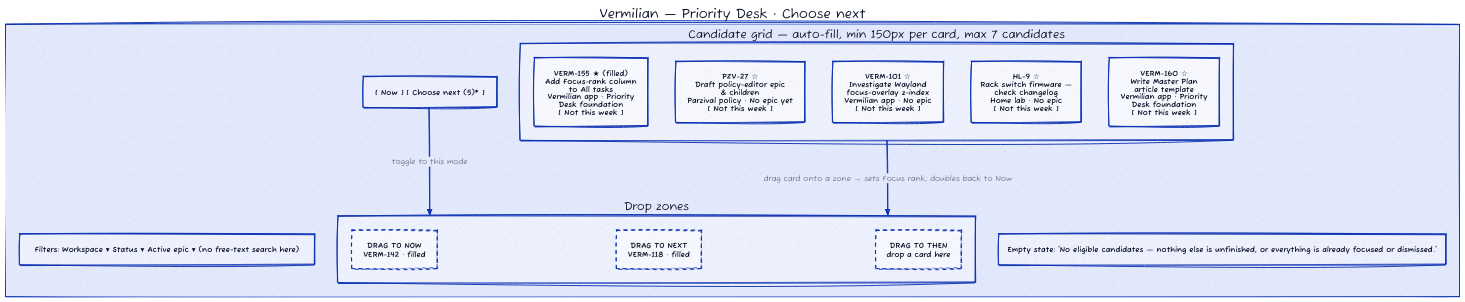
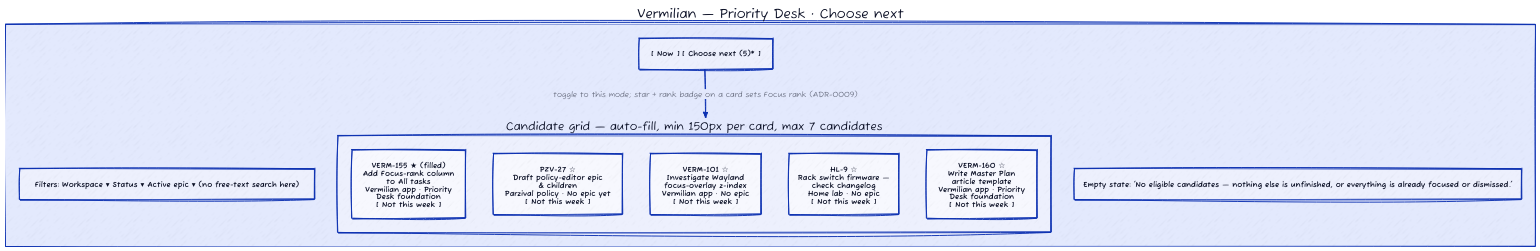
Before and after one commit to kevinpinscoe/vermilian: the diagram in docs/design/screen-priority-desk-choose-next.d2, drawn with D2. The commit also changed 7 other files, not shown here.

First line of the commit message:
docs: accept Priority Desk rank controls and update acceptance setup (VERM-3)

```diff
--- a/docs/design/screen-priority-desk-choose-next.d2
+++ b/docs/design/screen-priority-desk-choose-next.d2
@@ -1,72 +1,62 @@
 # =============================================================================
 # UI Wireframe — Priority Desk, Choose next mode
 # Renderer:    Kroki (d2, sketch mode)  |  wiki.js with Kroki plugin
 # Reviewed:    2026-09-14
 # Spec:        docs/requirements.md (§ Priority Desk), ADR-0007
 # Related:     screen-priority-desk-now.d2 (segmented-control sibling view)
 #              screen-priority-desk-recommendation.d2 (Ask for recommendation, step 4)
-#              flow-priority-desk.mmd (navigation between the three, incl. drag-to-slot)
+#              flow-priority-desk.mmd (navigation between the three, incl. rank selection)
 #              docs/design/priority-desk-mockup.html (higher-fidelity HTML reference)
 #
 # What this depicts: the second Priority Desk mode — a quiet comparison view of at
 # most seven eligible candidates, plus the three drop zones that assign a card to
 # Now/Next/Then. Not a second board: filters are limited to workspace, status, and
 # active epic; full search stays on the existing All-tasks table. Eligibility
 # rules, the deterministic (non-AI) ordering used when more than seven issues
 # qualify, and "Not this week" expiration are defined in docs/requirements.md
 # § Priority Desk ("Choose-next eligibility", "'Not this week' expiration") —
 # not duplicated here.
 # =============================================================================
 
 vars: {
   d2-config: {
     sketch: true
   }
 }
 
 direction: down
 
 window: "Vermilian — Priority Desk · Choose next" {
   shape: rectangle
 
   segmented: "[ Now ]  [ Choose next (5)* ]" {
     shape: rectangle
     # Vibe: segmented control, same as screen-priority-desk-now.d2
   }
 
   filters: "Filters: Workspace ▾  Status ▾  Active epic ▾  (no free-text search here)" {
     shape: rectangle
   }
 
-  dropstrip: "Drop zones" {
-    shape: rectangle
-    direction: right
-    # Vibe: dashed drop targets — dragging a candidate card here sets its Focus rank
-    drag_now: "DRAG TO NOW\nVERM-142 · filled" {shape: rectangle; style.stroke-dash: 4}
-    drag_next: "DRAG TO NEXT\nVERM-118 · filled" {shape: rectangle; style.stroke-dash: 4}
-    drag_then: "DRAG TO THEN\ndrop a card here" {shape: rectangle; style.stroke-dash: 4}
-  }
-
   candgrid: "Candidate grid — auto-fill, min 150px per card, max 7 candidates" {
     shape: rectangle
     direction: right
     # Vibe: Card grid
     # '[ Not this week ]' on any card dismisses it — persisted to _vermilian-config,
     # expires automatically at the next local calendar week, Priority untouched.
     # See flow-priority-desk.mmd for the action as a flow edge (not drawn here —
     # a same-container self-loop isn't renderable by the dagre layout engine).
 
     cand1: "VERM-155  ★ (filled)\nAdd Focus-rank column\nto All tasks\nVermilian app · Priority\nDesk foundation\n[ Not this week ]" {shape: rectangle}
     cand2: "PZV-27  ☆\nDraft policy-editor epic\n& children\nParzival policy · No epic yet\n[ Not this week ]" {shape: rectangle}
     cand3: "VERM-101  ☆\nInvestigate Wayland\nfocus-overlay z-index\nVermilian app · No epic\n[ Not this week ]" {shape: rectangle}
     cand4: "HL-9  ☆\nRack switch firmware —\ncheck changelog\nHome lab · No epic\n[ Not this week ]" {shape: rectangle}
     cand5: "VERM-160  ☆\nWrite Master Plan\narticle template\nVermilian app · Priority\nDesk foundation\n[ Not this week ]" {shape: rectangle}
   }
 
   empty_state: "Empty state: 'No eligible candidates — nothing else is unfinished, or everything is already focused or dismissed.'" {
     shape: rectangle
   }
 
-  segmented -> dropstrip: "toggle to this mode"
-  candgrid -> dropstrip: "drag card onto a zone → sets Focus rank, doubles back to Now"
+  segmented -> candgrid: "toggle to this mode; star + rank badge on a card sets Focus rank (ADR-0009)"
 }
```
